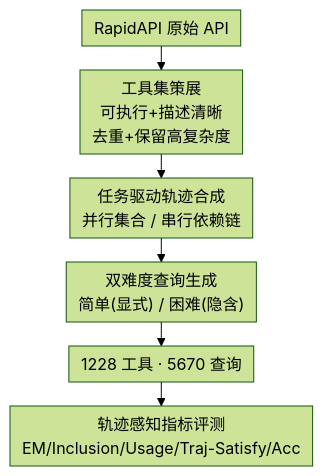
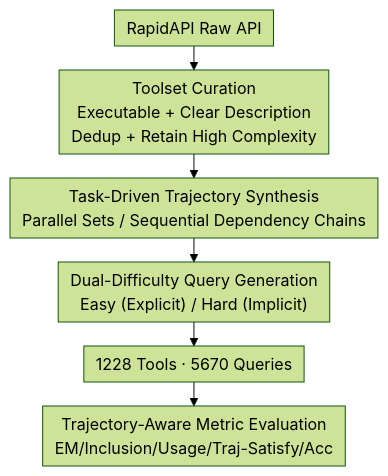
One commit to zhaoyang97/Paper-Notes-en changed the diagram in docs/ICLR2026/llm_agent/traject-bencha_trajectory-aware_benchmark_for_evaluating_agentic_tool_use.md. Above: the diagram before and after it, drawn with Mermaid (forest theme). The commit also changed 644 other files, not shown here.

````diff
--- a/docs/ICLR2026/llm_agent/traject-bencha_trajectory-aware_benchmark_for_evaluating_agentic_tool_use.md
+++ b/docs/ICLR2026/llm_agent/traject-bencha_trajectory-aware_benchmark_for_evaluating_agentic_tool_use.md
@@ -46,9 +46,9 @@
 ```mermaid
 %%{init: {'flowchart': {'rankSpacing': 24, 'nodeSpacing': 28, 'padding': 6, 'wrappingWidth': 400}}}%%
 flowchart TD
-    A["RapidAPI 原始 API"] --> B["工具集策展<br/>可执行+描述清晰<br/>去重+保留高复杂度"]
-    B --> C["任务驱动轨迹合成<br/>并行集合 / 串行依赖链"]
-    C --> D["双难度查询生成<br/>简单(显式) / 困难(隐含)"]
-    D --> E["1228 工具 · 5670 查询"]
-    E --> F["轨迹感知指标评测<br/>EM/Inclusion/Usage/Traj-Satisfy/Acc"]
+    A["RapidAPI Raw API"] --> B["Toolset Curation<br/>Executable + Clear Description<br/>Dedup + Retain High Complexity"]
+    B --> C["Task-Driven Trajectory Synthesis<br/>Parallel Sets / Sequential Dependency Chains"]
+    C --> D["Dual-Difficulty Query Generation<br/>Easy (Explicit) / Hard (Implicit)"]
+    D --> E["1228 Tools · 5670 Queries"]
+    E --> F["Trajectory-Aware Metric Evaluation<br/>EM/Inclusion/Usage/Traj-Satisfy/Acc"]
 ```
````
